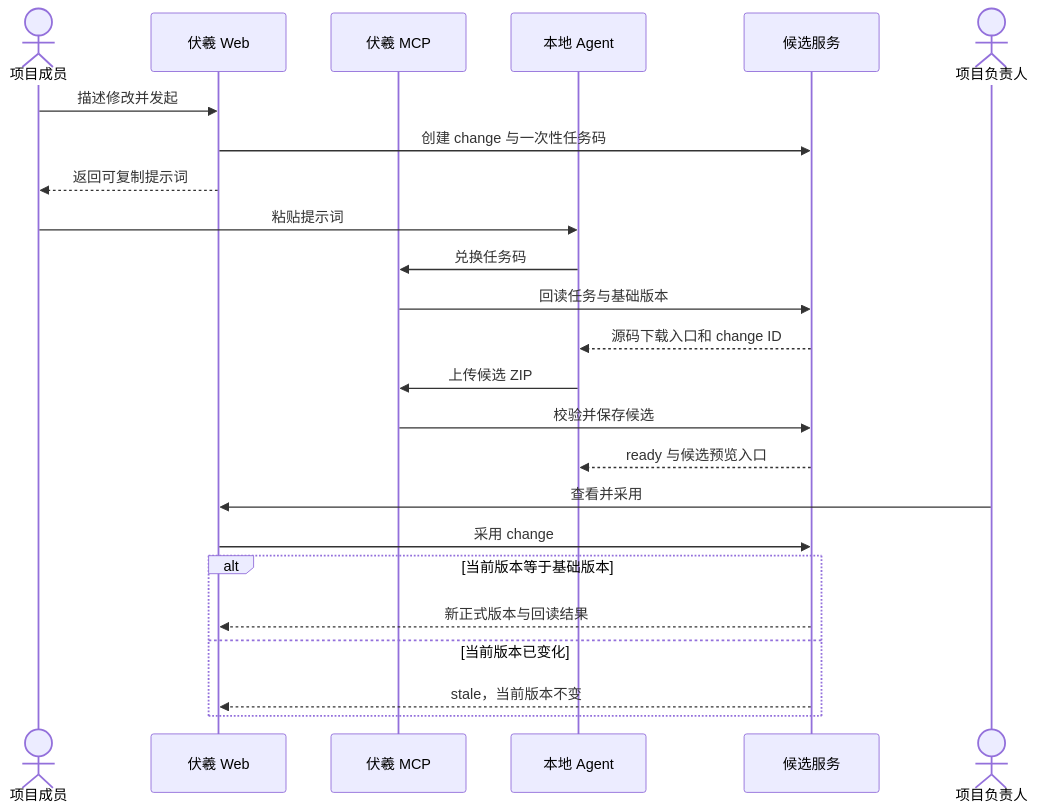
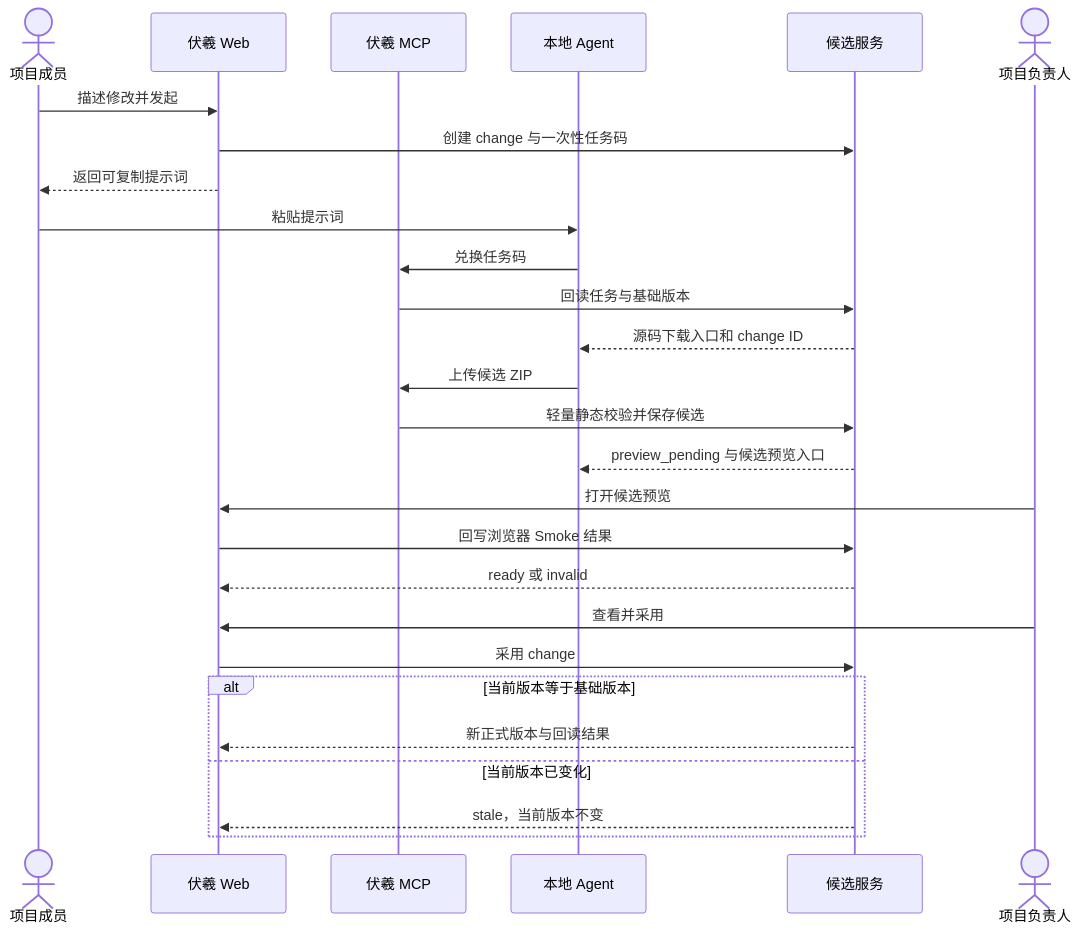
The third of 6 diagrams in docs/prototypes/lightweight-collaboration-mvp/FULL_DESIGN.md (Dylan5237/prototype-manager), drawn with Mermaid before and after one commit. The commit also changed other lines of this file and 10 other files, not shown here.

````diff
--- a/docs/prototypes/lightweight-collaboration-mvp/FULL_DESIGN.md
+++ b/docs/prototypes/lightweight-collaboration-mvp/FULL_DESIGN.md
@@ -79,26 +79,29 @@
 ```mermaid
 sequenceDiagram
     actor U as 项目成员
     participant W as 伏羲 Web
     participant M as 伏羲 MCP
     participant A as 本地 Agent
     participant S as 候选服务
     actor O as 项目负责人
     U->>W: 描述修改并发起
     W->>S: 创建 change 与一次性任务码
     W-->>U: 返回可复制提示词
     U->>A: 粘贴提示词
     A->>M: 兑换任务码
     M->>S: 回读任务与基础版本
     S-->>A: 源码下载入口和 change ID
     A->>M: 上传候选 ZIP
-    M->>S: 校验并保存候选
-    S-->>A: ready 与候选预览入口
+    M->>S: 轻量静态校验并保存候选
+    S-->>A: preview_pending 与候选预览入口
+    O->>W: 打开候选预览
+    W->>S: 回写浏览器 Smoke 结果
+    S-->>W: ready 或 invalid
     O->>W: 查看并采用
     W->>S: 采用 change
     alt 当前版本等于基础版本
         S-->>W: 新正式版本与回读结果
     else 当前版本已变化
         S-->>W: stale，当前版本不变
     end
 ```
````
